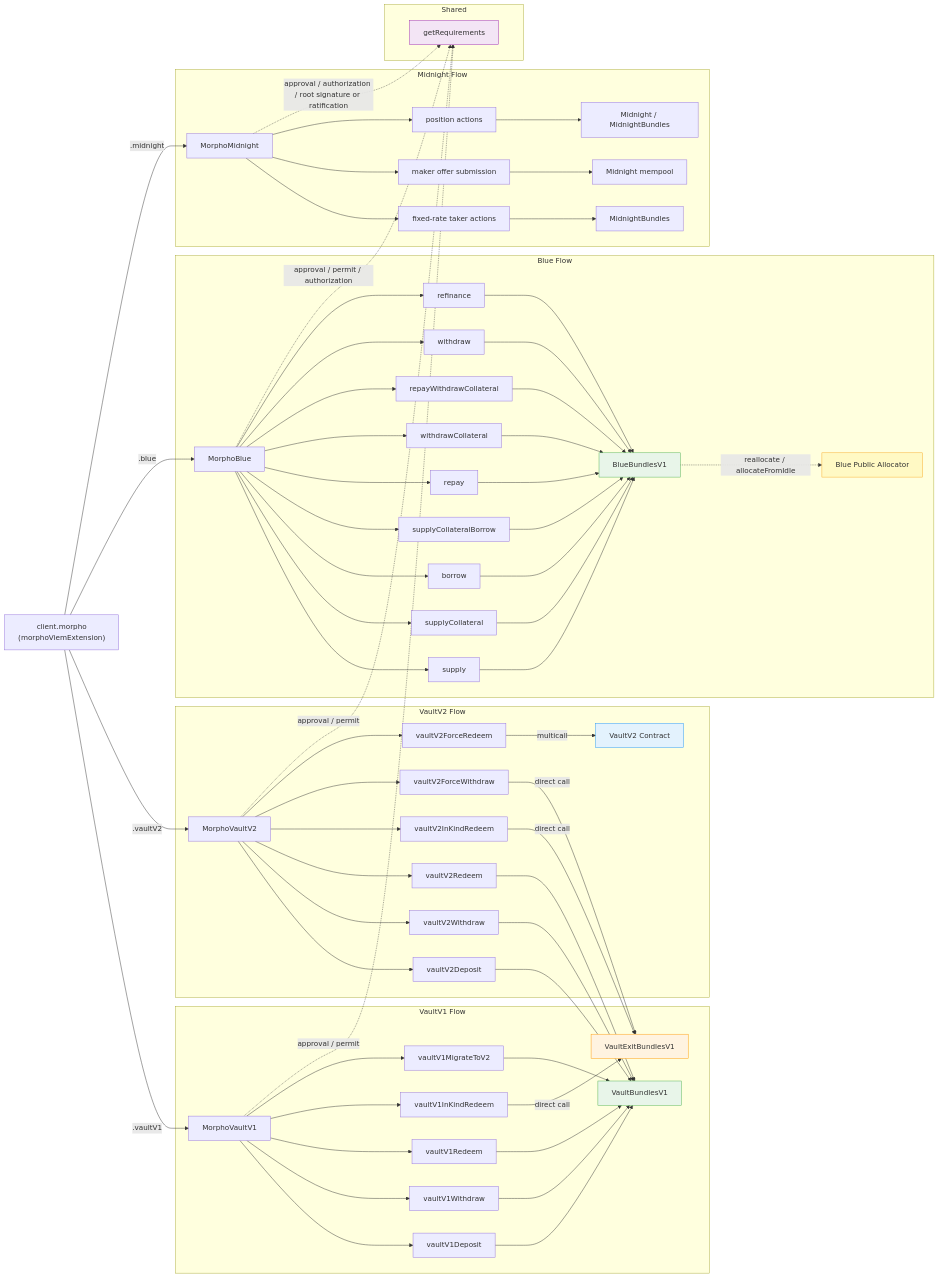
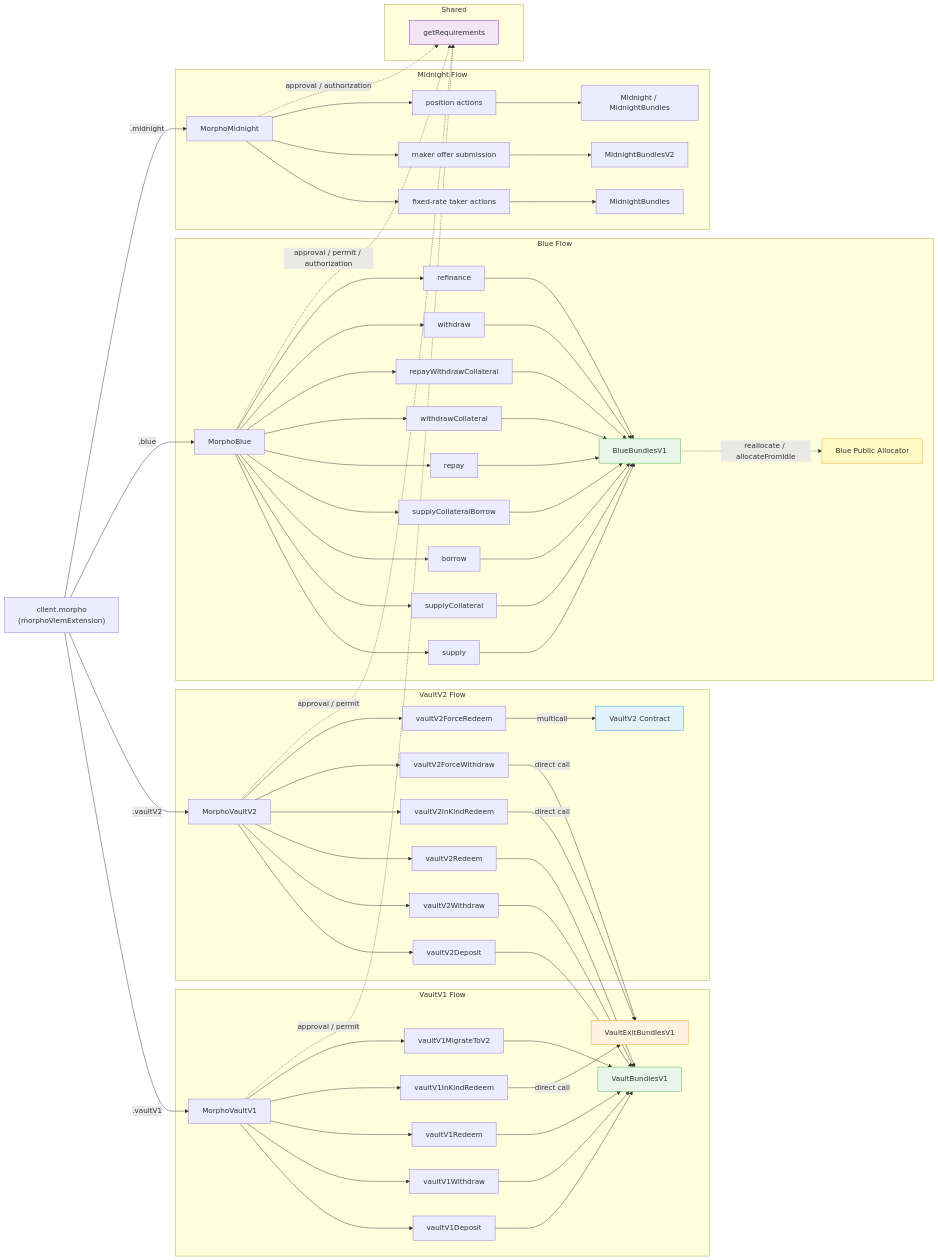
One commit to morpho-org/sdks changed the diagram in packages/morpho-sdk/README.md. Above: the diagram before and after it, drawn with Mermaid. The commit also changed other lines of this file and 4 other files, not shown here.

```diff
--- a/packages/morpho-sdk/README.md
+++ b/packages/morpho-sdk/README.md
@@ -325,7 +325,7 @@
         MN1 --> MNM[maker offer submission]
         MN1 --> MNP[position actions]
         MNT --> MNB[MidnightBundles]
-        MNM --> MNMP[Midnight mempool]
+        MNM --> MNB2[MidnightBundlesV2]
         MNP --> MNC[Midnight / MidnightBundles]
     end
 
@@ -337,7 +337,7 @@
     MV1 -.->|approval / permit| REQ
     MV2 -.->|approval / permit| REQ
     MM1 -.->|approval / permit / authorization| REQ
-    MN1 -.->|approval / authorization / root signature or ratification| REQ
+    MN1 -.->|approval / authorization| REQ
 
     style VBV1 fill:#e8f5e9,stroke:#4caf50
     style BBV1 fill:#e8f5e9,stroke:#4caf50
```
